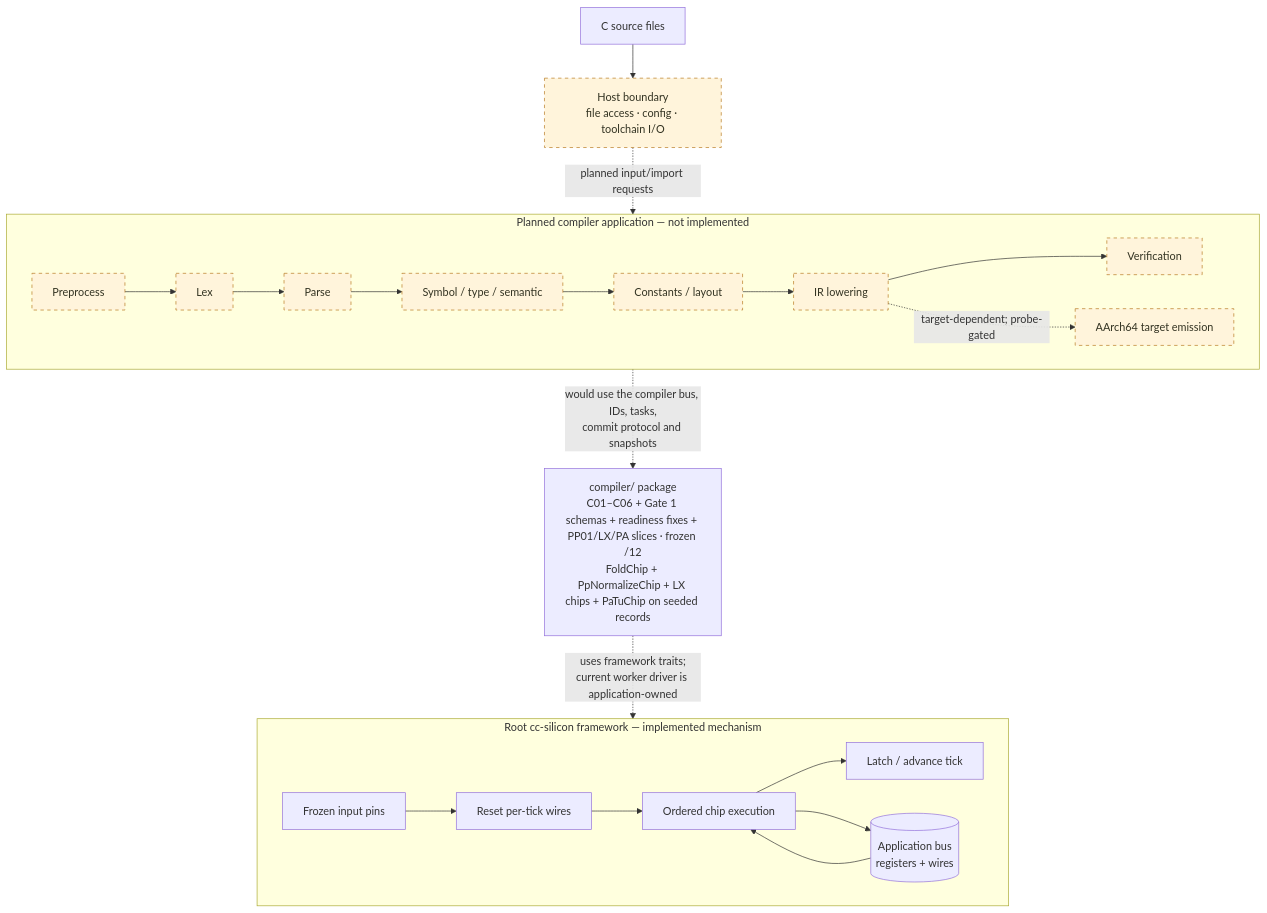
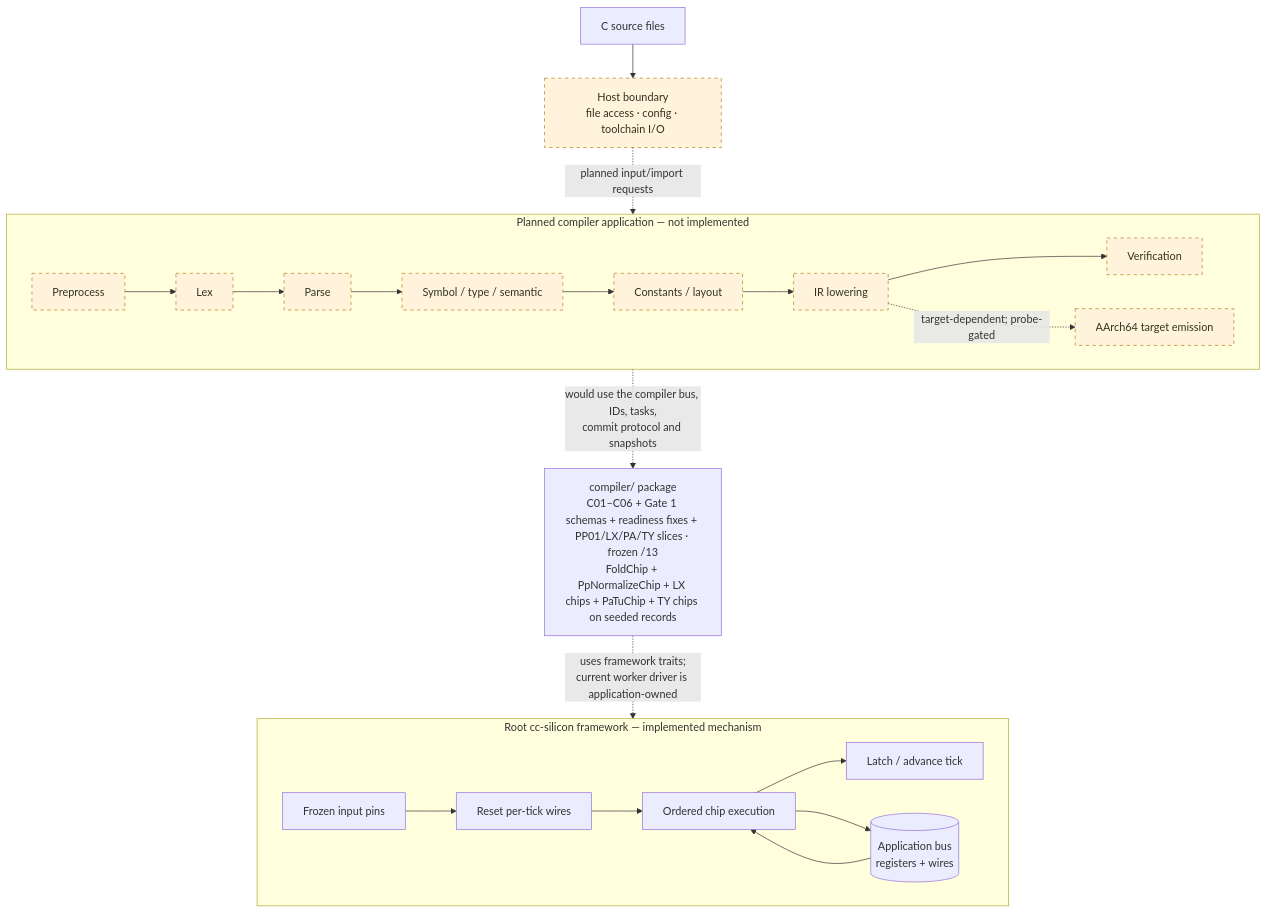
Before and after one commit to immane/cc-silicon: the first of 2 diagrams in README.md, drawn with Mermaid. The commit also changed other lines of this file and 24 other files, not shown here.

````diff
--- a/README.md
+++ b/README.md
@@ -130,28 +130,28 @@
 ```mermaid
 flowchart TB
     SRC["C source files"] --> HOST["Host boundary<br/>file access · config · toolchain I/O"]
     HOST -. "planned input/import requests" .-> PIPE
 
     subgraph PIPE["Planned compiler application — not implemented"]
         direction LR
         PP["Preprocess"] --> LEX["Lex"] --> PARSE["Parse"] --> SEM["Symbol / type / semantic"]
         SEM --> CONST["Constants / layout"] --> IR["IR lowering"] --> VERIFY["Verification"]
         IR -. "target-dependent; probe-gated" .-> TARGET["AArch64 target emission"]
     end
 
-    FOUNDATION["compiler/ package<br/>C01–C06 + Gate 1 schemas + readiness fixes + PP01/LX/PA slices · frozen /12<br/>FoldChip + PpNormalizeChip + LX chips + PaTuChip on seeded records"]
+    FOUNDATION["compiler/ package<br/>C01–C06 + Gate 1 schemas + readiness fixes + PP01/LX/PA/TY slices · frozen /13<br/>FoldChip + PpNormalizeChip + LX chips + PaTuChip + TY chips on seeded records"]
     PIPE -. "would use the compiler bus, IDs, tasks,<br/>commit protocol and snapshots" .-> FOUNDATION
 
     subgraph RUNTIME["Root cc-silicon framework — implemented mechanism"]
         direction LR
         PINS["Frozen input pins"] --> RESET["Reset per-tick wires"] --> CHIPS["Ordered chip execution"]
         CHIPS --> LATCH["Latch / advance tick"]
         BUS[("Application bus<br/>registers + wires")]
         BUS --> CHIPS
         CHIPS --> BUS
     end
     FOUNDATION -. "uses framework traits;<br/>current worker driver is application-owned" .-> RUNTIME
 
     classDef planned fill:#fff4db,stroke:#b7791f,stroke-dasharray:5 5,color:#332;
     class PP,LEX,PARSE,SEM,CONST,IR,VERIFY,TARGET,HOST planned;
 ```
````
